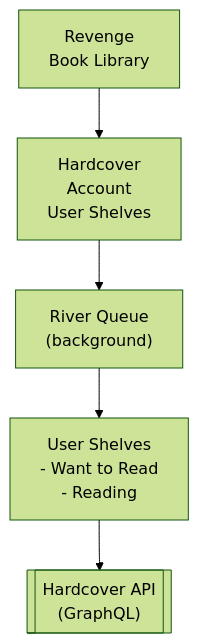
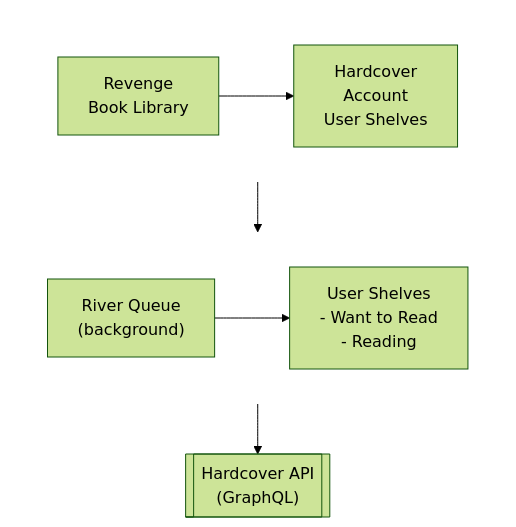
Before and after one commit to lusoris/revenge: the diagram in docs/dev/design/integrations/metadata/books/HARDCOVER.md, drawn with Mermaid (forest theme). The commit also changed 210 other files, not shown here.

First line of the commit message:
feat(docs): Add horizontal layout support for Mermaid diagrams

````diff
--- a/docs/dev/design/integrations/metadata/books/HARDCOVER.md
+++ b/docs/dev/design/integrations/metadata/books/HARDCOVER.md
@@ -57,12 +57,22 @@
 ```mermaid
 flowchart TD
-    node1["Revenge<br/>Book Library"]
-    node2["Hardcover<br/>Account<br/>User Shelves"]
-    node3["River Queue<br/>(background)"]
-    node4["User Shelves<br/>- Want to Read<br/>- Reading"]
+    subgraph row1[ ]
+        direction LR
+        node1["Revenge<br/>Book Library"]
+        node2["Hardcover<br/>Account<br/>User Shelves"]
+    end
+    subgraph row2[ ]
+        direction LR
+        node3["River Queue<br/>(background)"]
+        node4["User Shelves<br/>- Want to Read<br/>- Reading"]
+    end
     node5[["Hardcover API<br/>(GraphQL)"]]
     node1 --> node2
     node3 --> node4
     node2 --> node3
     node4 --> node5
+
+    %% Hide row subgraph borders
+    style row1 fill:transparent,stroke:transparent
+    style row2 fill:transparent,stroke:transparent
 ```
````
